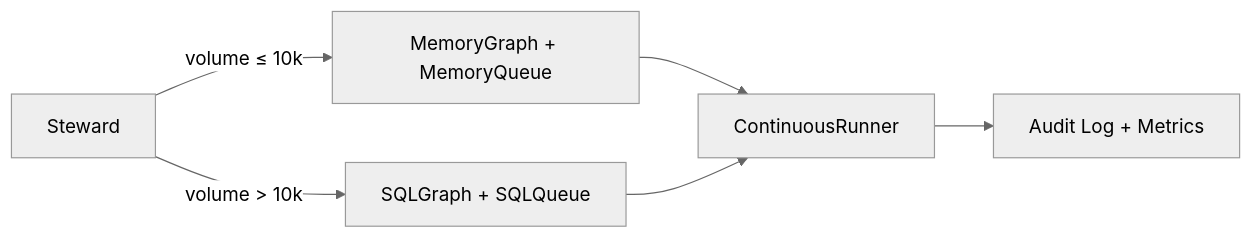
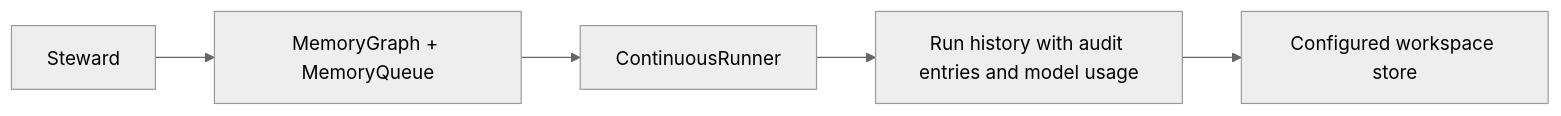
The sixth of 6 diagrams in docs/ER_DIAGRAMS.md (idristarwala/agent-factory), drawn with Mermaid (neutral theme) before and after one commit. The commit also changed 8 other files, not shown here.

Commit message:
Remove obsolete tool loaders, unused metrics and the memory-only SQL queue stub

````diff
--- a/docs/ER_DIAGRAMS.md
+++ b/docs/ER_DIAGRAMS.md
@@ -141,8 +141,7 @@
 ```mermaid
 flowchart LR
-    A[Steward] -->|volume ≤ 10k| B[MemoryGraph + MemoryQueue]
-    A -->|volume > 10k| C[SQLGraph + SQLQueue]
+    A[Steward] --> B[MemoryGraph + MemoryQueue]
     B --> D[ContinuousRunner]
-    C --> D
-    D --> E[Audit Log + Metrics]
+    D --> E[Run history with audit entries and model usage]
+    E --> F[Configured workspace store]
 ```
````
